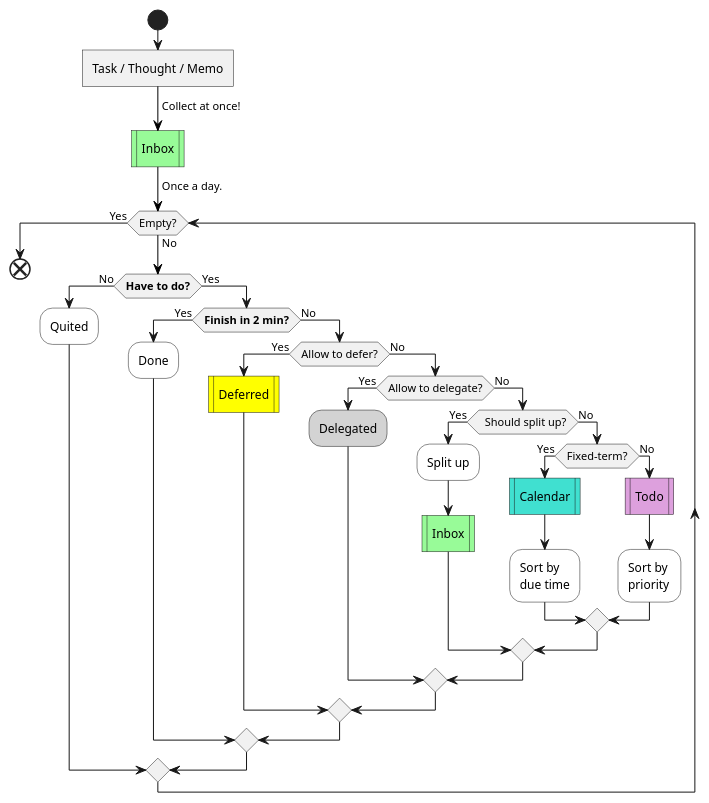
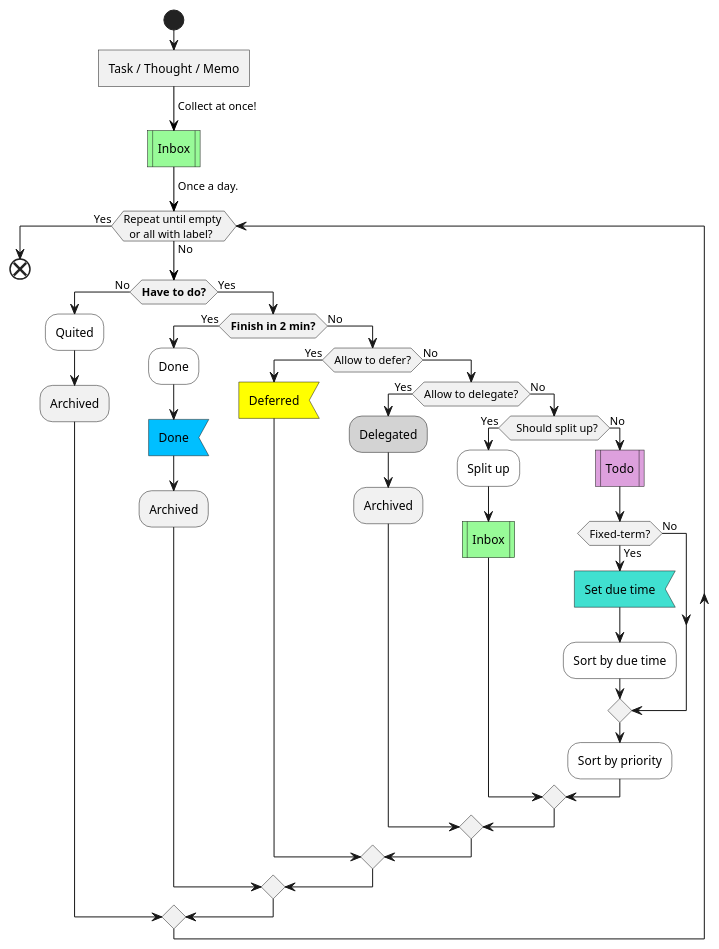
Before and after one commit to IceHe/icehe-lib: the first of 3 diagrams in snips/principles/gtd-concise.md, drawn with PlantUML. The commit also changed other lines of this file and 1 other file, not shown here.

````diff
--- a/snips/principles/gtd-concise.md
+++ b/snips/principles/gtd-concise.md
@@ -119,42 +7,44 @@
 ```plantuml
 @startuml
 start
 :Task / Thought / Memo]
 -[#black]-> Collect at once!;
 #paleGreen:Inbox|
 -[#black]-> Once a day.;
-while (Empty?) is (No)
+while (Repeat until empty \n  or all with label?) is (No)
     if (**Have to do?**) then (No)
         #white:Quited;
+        :Archived;
     else (Yes)
         if (**Finish in 2 min?**) then (Yes)
             #white:Done;
+            #deepSkyBlue:Done<
+            :Archived;
         else (No)
             if (Allow to defer?) then (Yes)
-                '#white:Deferred;
-                #yellow:Deferred|
+                #yellow:Deferred<
             else (No)
                 if (Allow to delegate?) then (Yes)
                     #lightGray:Delegated;
+                    :Archived;
                 else (No)
                     if (  Should split up?) then (Yes)
                         #white:Split up;
                         #paleGreen:Inbox|
                     else (No)
+                        #plum:Todo|
                         if (Fixed-term?) then (Yes)
-                            '#white:Due Dated;
-                            #turquoise:Calendar|
-                            #white:Sort by \ndue time;
+                            #turquoise:Set due time<
+                            #white:Sort by due time;
                         else (No)
-                            #plum:Todo|
-                            #white:Sort by \npriority;
                         endif
+                        #white:Sort by priority;
                     endif
                 endif
             endif
         endif
     endif
 endwhile (Yes)
 end
 @enduml
 ```
````
